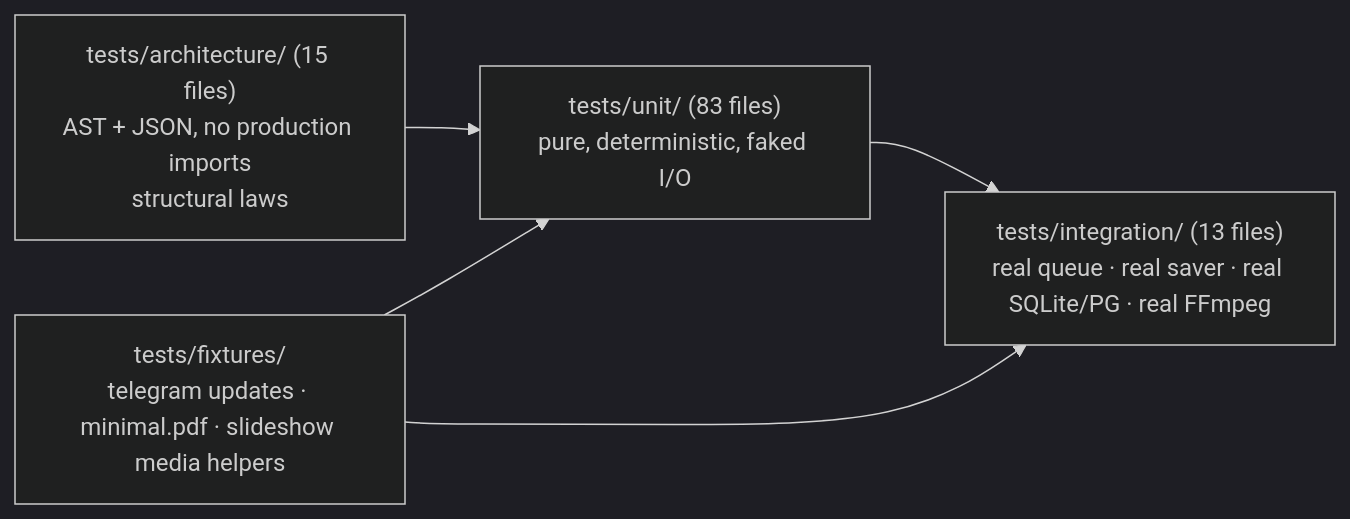
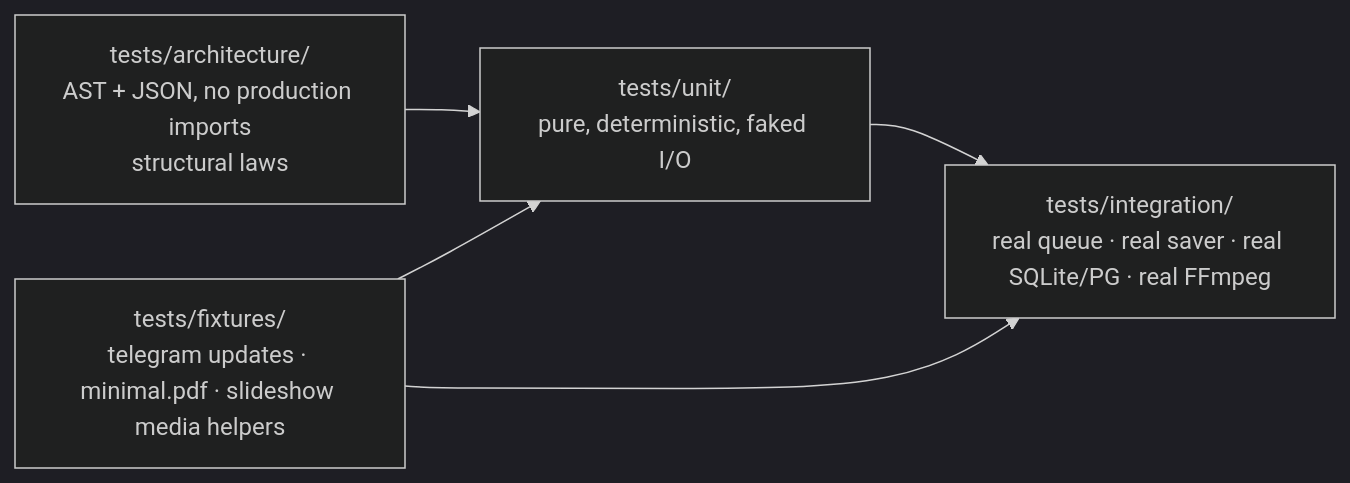
The diagram in docs/architecture/TESTING.md (bot523h/nexus-ai-agent), drawn with Mermaid (dark theme) before and after one commit. The commit also changed other lines of this file and 17 other files, not shown here.

````diff
--- a/docs/architecture/TESTING.md
+++ b/docs/architecture/TESTING.md
@@ -23,10 +23,10 @@
 ```mermaid
 flowchart LR
-    arch["tests/architecture/ (15 files)<br/>AST + JSON, no production imports<br/>structural laws"]
-    unit["tests/unit/ (83 files)<br/>pure, deterministic, faked I/O"]
-    integ["tests/integration/ (13 files)<br/>real queue · real saver · real SQLite/PG · real FFmpeg"]
+    arch["tests/architecture/<br/>AST + JSON, no production imports<br/>structural laws"]
+    unit["tests/unit/<br/>pure, deterministic, faked I/O"]
+    integ["tests/integration/<br/>real queue · real saver · real SQLite/PG · real FFmpeg"]
     fixtures["tests/fixtures/<br/>telegram updates · minimal.pdf · slideshow media helpers"]
     arch --> unit --> integ
     fixtures --> unit
     fixtures --> integ
 ```
````
